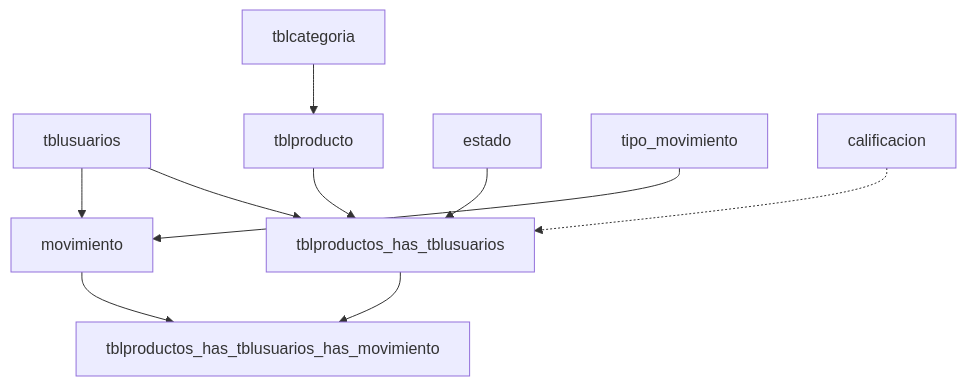
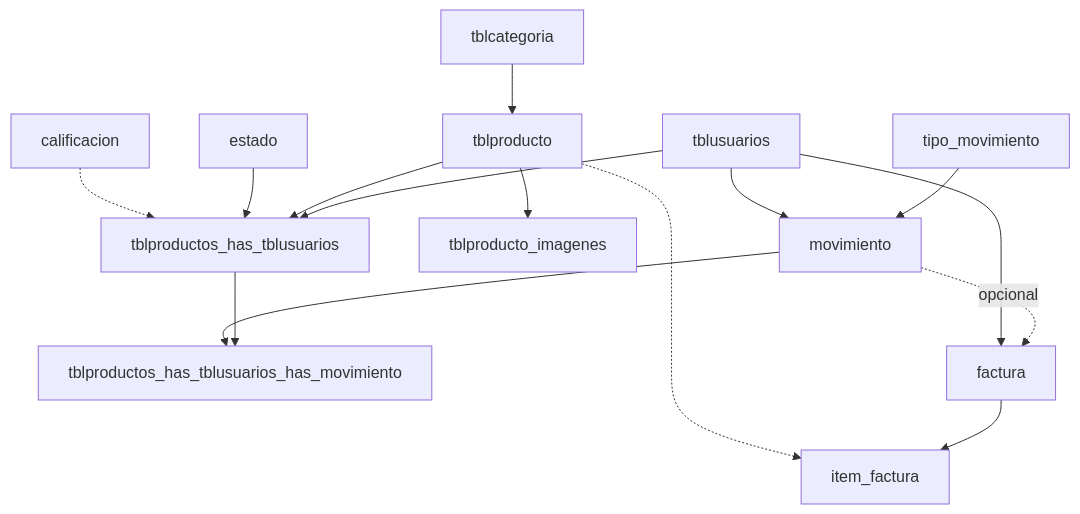
The diagram in docs/03-BASE-DATOS.md (danieldavid-23/agrosft), drawn with Mermaid before and after one commit. The commit also changed other lines of this file and 52 other files, not shown here.

````diff
--- a/docs/03-BASE-DATOS.md
+++ b/docs/03-BASE-DATOS.md
@@ -9,12 +9,17 @@
 ```mermaid
 graph TB
     TBLUSUARIOS[tblusuarios] --> PRODUCTO_USUARIO[tblproductos_has_tblusuarios]
     PRODUCTO[tblproducto] --> PRODUCTO_USUARIO
+    PRODUCTO --> PRODUCTO_IMAGEN[tblproducto_imagenes]
     CATEGORIA[tblcategoria] --> PRODUCTO
     ESTADO[estado] --> PRODUCTO_USUARIO
     PRODUCTO_USUARIO --> DETALLE_MOV[tblproductos_has_tblusuarios_has_movimiento]
     MOVIMIENTO[movimiento] --> DETALLE_MOV
     TIPO_MOV[tipo_movimiento] --> MOVIMIENTO
     TBLUSUARIOS --> MOVIMIENTO
     CALIFICACION[calificacion] -.-> PRODUCTO_USUARIO
+    MOVIMIENTO -.->|opcional| FACTURA[factura]
+    TBLUSUARIOS --> FACTURA
+    FACTURA --> ITEM[item_factura]
+    PRODUCTO -.-> ITEM
 ```
````
